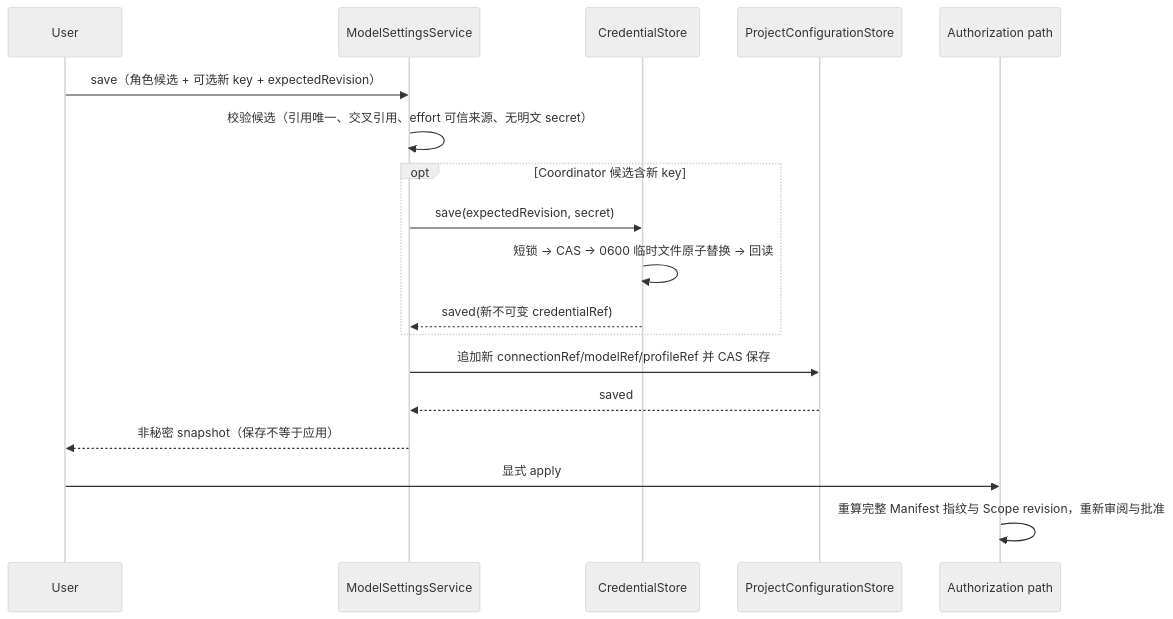
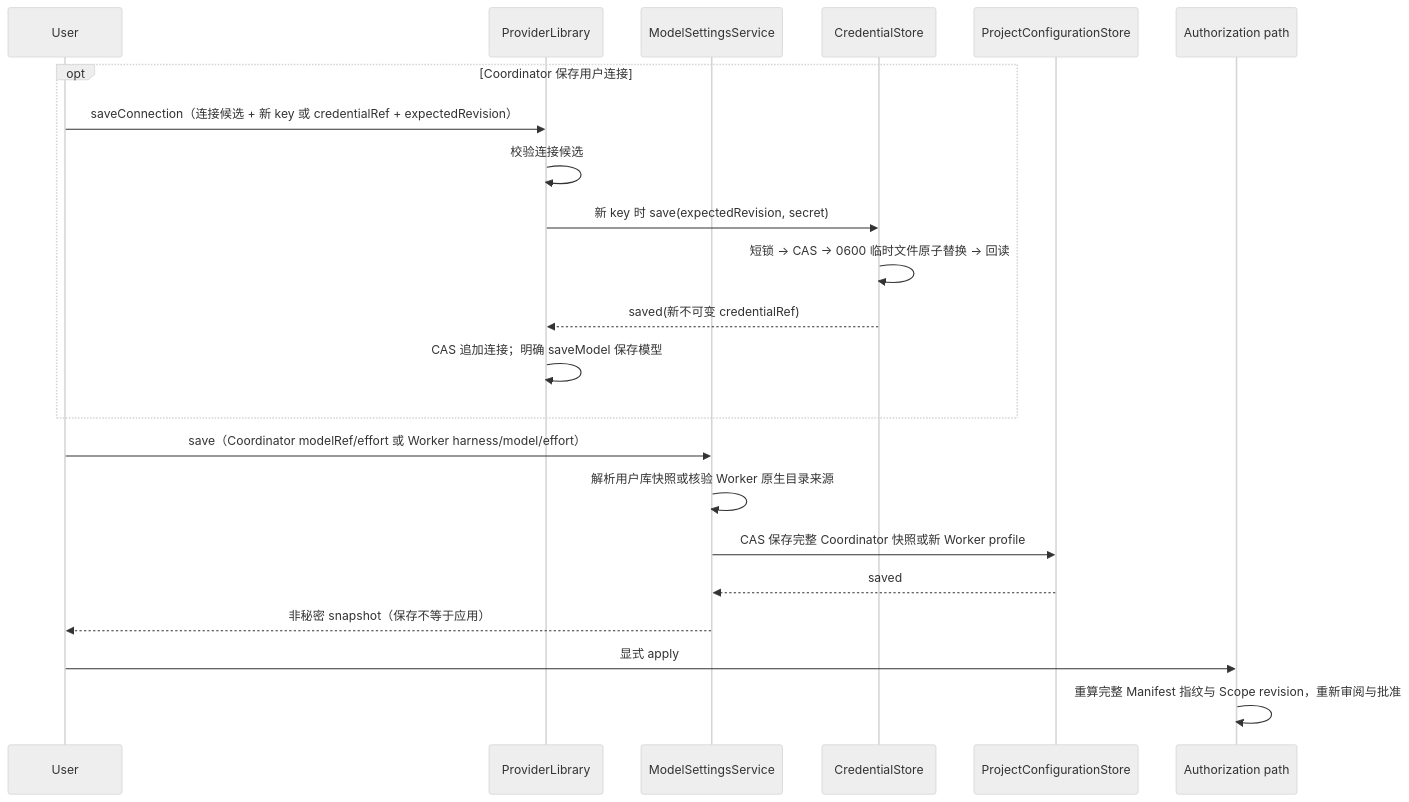
The ninth of 10 diagrams in docs/architecture.md (leike0813/orca-companion), drawn with Mermaid (neutral theme) before and after one commit. The commit also changed other lines of this file and 130 other files, not shown here.

````diff
--- a/docs/architecture.md
+++ b/docs/architecture.md
@@ -337,21 +344,25 @@
 ```mermaid
 sequenceDiagram
   participant U as User
+  participant L as ProviderLibrary
   participant T as ModelSettingsService
   participant C as CredentialStore
   participant P as ProjectConfigurationStore
   participant A as Authorization path
 
-  U->>T: save（角色候选 + 可选新 key + expectedRevision）
-  T->>T: 校验候选（引用唯一、交叉引用、effort 可信来源、无明文 secret）
-  opt Coordinator 候选含新 key
-    T->>C: save(expectedRevision, secret)
+  opt Coordinator 保存用户连接
+    U->>L: saveConnection（连接候选 + 新 key 或 credentialRef + expectedRevision）
+    L->>L: 校验连接候选
+    L->>C: 新 key 时 save(expectedRevision, secret)
     C->>C: 短锁 → CAS → 0600 临时文件原子替换 → 回读
-    C-->>T: saved(新不可变 credentialRef)
+    C-->>L: saved(新不可变 credentialRef)
+    L->>L: CAS 追加连接；明确 saveModel 保存模型
   end
-  T->>P: 追加新 connectionRef/modelRef/profileRef 并 CAS 保存
+  U->>T: save（Coordinator modelRef/effort 或 Worker harness/model/effort）
+  T->>T: 解析用户库快照或核验 Worker 原生目录来源
+  T->>P: CAS 保存完整 Coordinator 快照或新 Worker profile
   P-->>T: saved
   T-->>U: 非秘密 snapshot（保存不等于应用）
   U->>A: 显式 apply
   A->>A: 重算完整 Manifest 指纹与 Scope revision，重新审阅与批准
 ```
````
